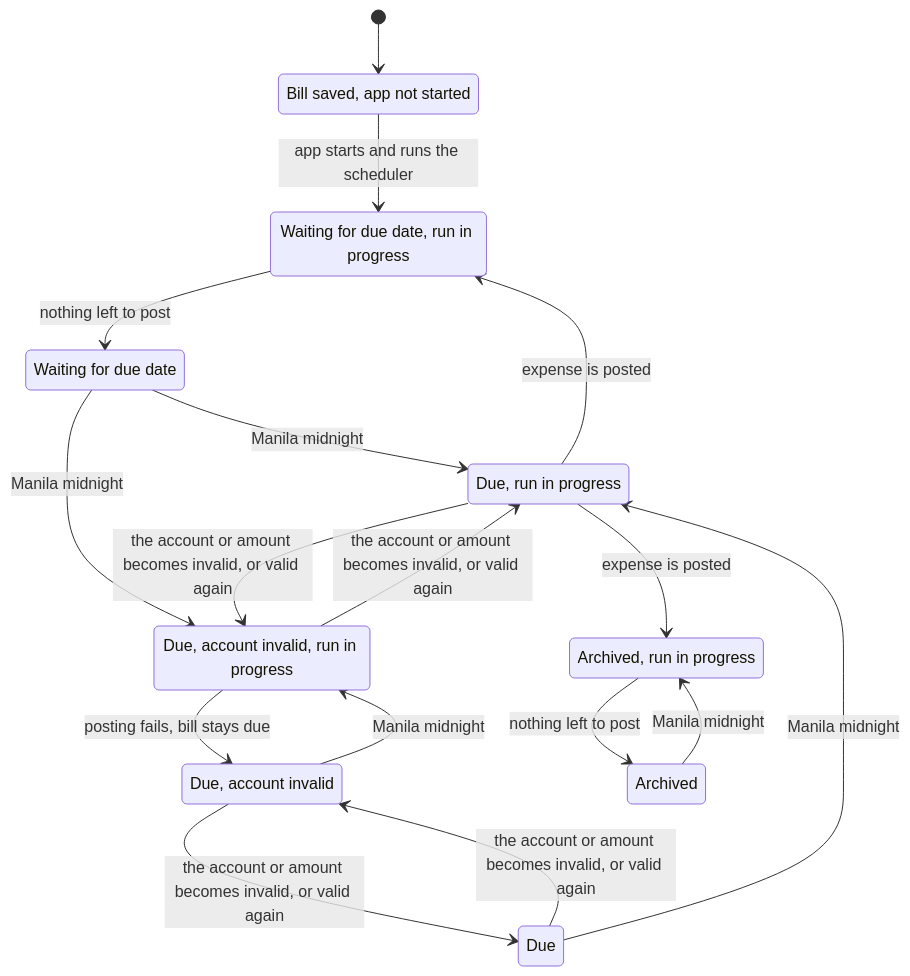
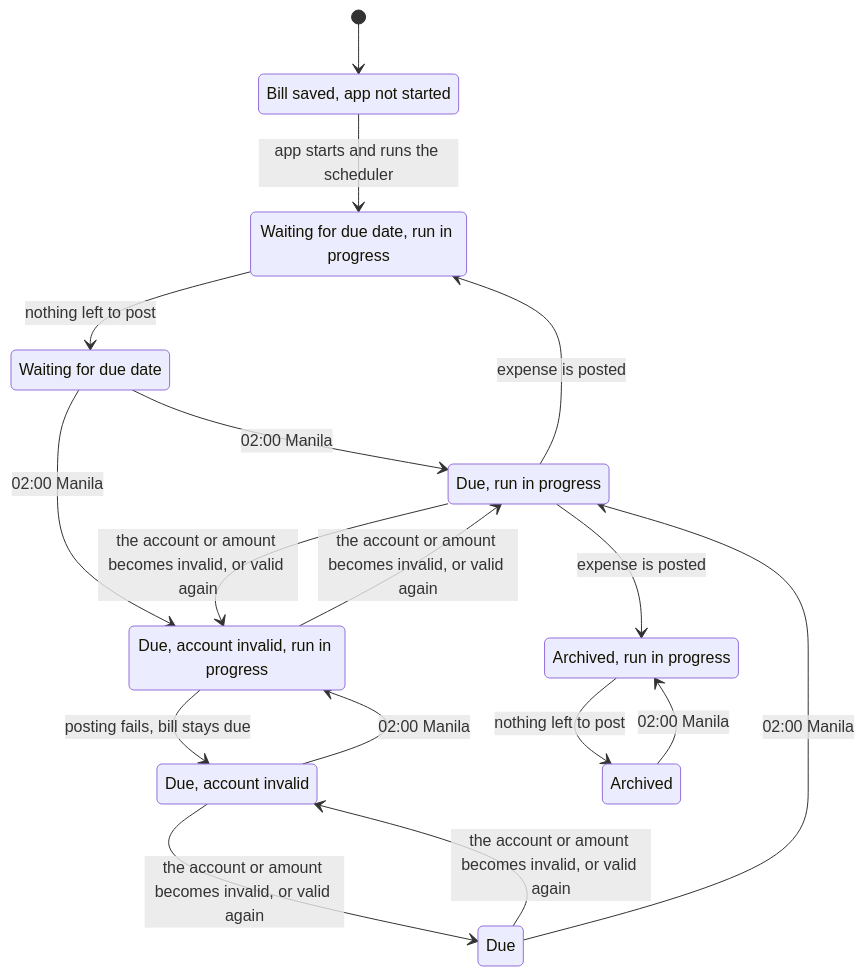
One commit to wehyn/tally changed the diagram in docs/state-machines/bills.md. Above: the diagram before and after it, drawn with Mermaid. The commit also changed other lines of this file and 7 other files, not shown here.

First line of the commit message:
docs(bills): say the scheduler posts at 02:00 Asia/Manila, not at midnight

````diff
--- a/docs/state-machines/bills.md
+++ b/docs/state-machines/bills.md
@@ -37,28 +37,28 @@
 ```mermaid
 stateDiagram-v2
   s0: Bill saved, app not started
   s1: Waiting for due date, run in progress
   s2: Waiting for due date
   s3: Due, run in progress
   s4: Due, account invalid, run in progress
   s5: Due, account invalid
   s6: Due
   s7: Archived, run in progress
   s8: Archived
   [*] --> s0
   s0 --> s1: app starts and runs the scheduler
   s1 --> s2: nothing left to post
-  s2 --> s3: Manila midnight
-  s2 --> s4: Manila midnight
+  s2 --> s3: 02:00 Manila
+  s2 --> s4: 02:00 Manila
   s3 --> s4: the account or amount becomes invalid, or valid again
   s3 --> s1: expense is posted
   s4 --> s3: the account or amount becomes invalid, or valid again
   s4 --> s5: posting fails, bill stays due
   s5 --> s6: the account or amount becomes invalid, or valid again
-  s5 --> s4: Manila midnight
+  s5 --> s4: 02:00 Manila
   s6 --> s5: the account or amount becomes invalid, or valid again
-  s6 --> s3: Manila midnight
+  s6 --> s3: 02:00 Manila
   s3 --> s7: expense is posted
   s7 --> s8: nothing left to post
-  s8 --> s7: Manila midnight
+  s8 --> s7: 02:00 Manila
 ```
````
